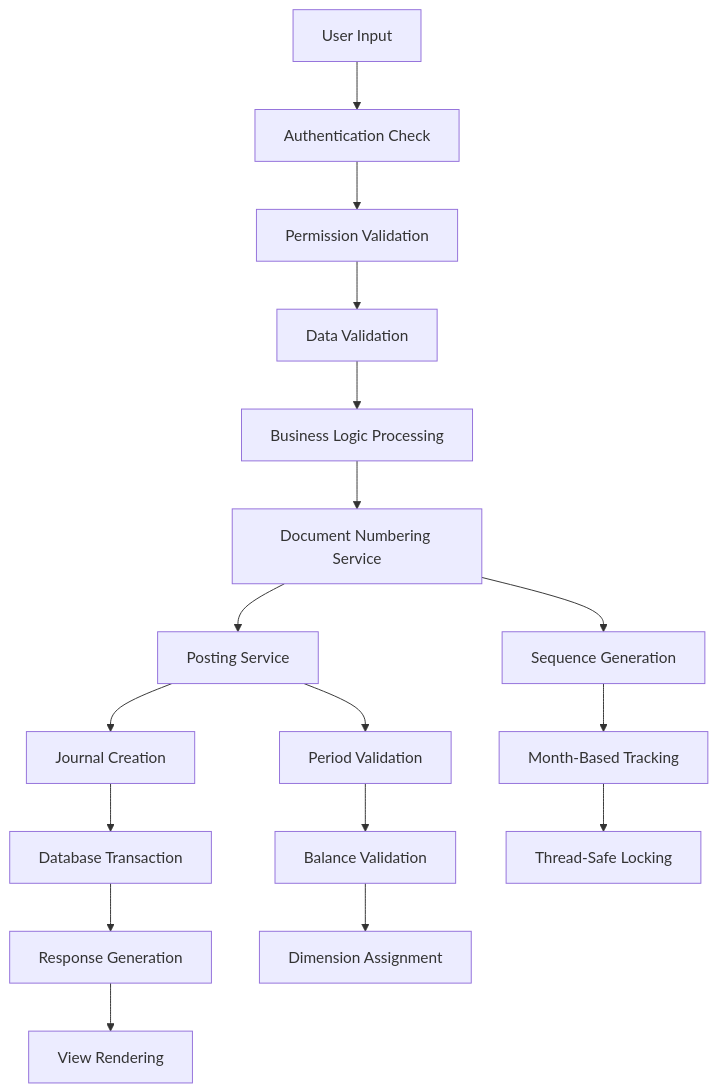
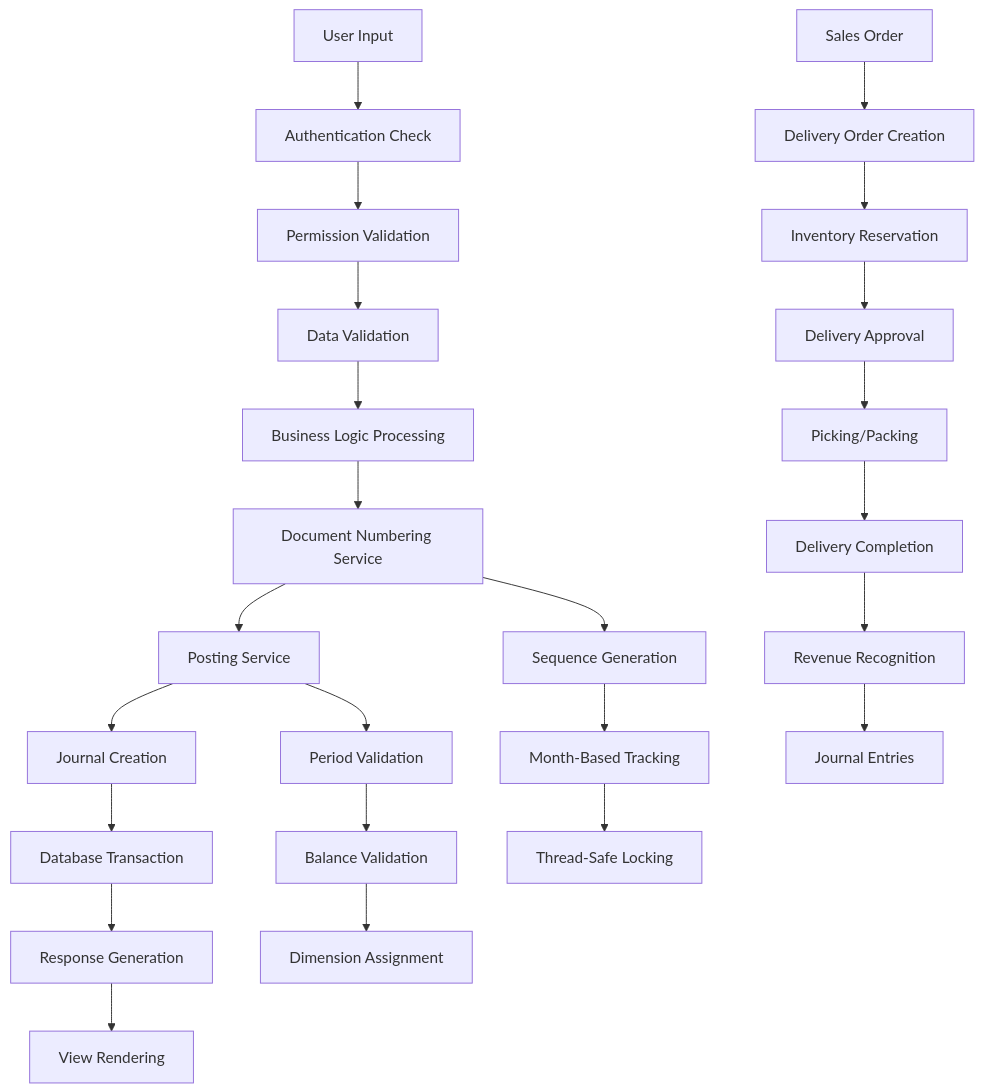
Before and after one commit to rachmanj/sarang-erp-laravel: the first of 2 diagrams in docs/architecture.md, drawn with Mermaid. The commit also changed other lines of this file and 69 other files, not shown here.

First line of the commit message:
Implement Delivery Order System and Multi-Dimensional Accounting Simplification

````diff
--- a/docs/architecture.md
+++ b/docs/architecture.md
@@ -339,21 +378,29 @@
 ```mermaid
 graph TD
     A[User Input] --> B[Authentication Check]
     B --> C[Permission Validation]
     C --> D[Data Validation]
     D --> E[Business Logic Processing]
     E --> F[Document Numbering Service]
     F --> G[Posting Service]
     G --> H[Journal Creation]
     H --> I[Database Transaction]
     I --> J[Response Generation]
     J --> K[View Rendering]
 
     F --> L[Sequence Generation]
     L --> M[Month-Based Tracking]
     M --> N[Thread-Safe Locking]
 
     G --> O[Period Validation]
     O --> P[Balance Validation]
     P --> Q[Dimension Assignment]
+
+    R[Sales Order] --> S[Delivery Order Creation]
+    S --> T[Inventory Reservation]
+    T --> U[Delivery Approval]
+    U --> V[Picking/Packing]
+    V --> W[Delivery Completion]
+    W --> X[Revenue Recognition]
+    X --> Y[Journal Entries]
 ```
````
